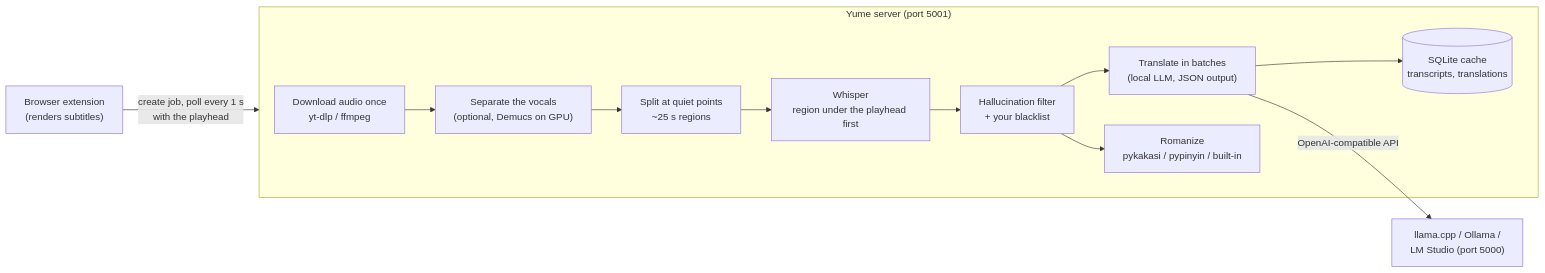
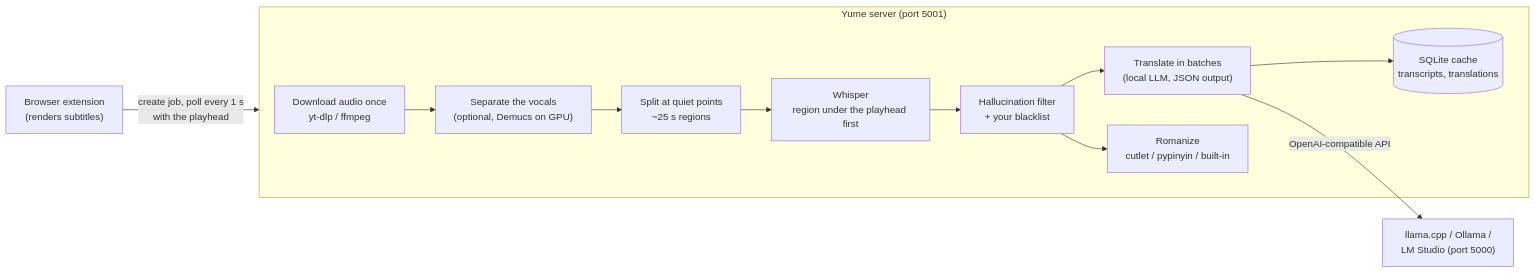
One commit to jenox645/Yume changed the diagram in README.md. Above: the diagram before and after it, drawn with Mermaid. The commit also changed other lines of this file and 3 other files, not shown here.

````diff
--- a/README.md
+++ b/README.md
@@ -88,14 +89,14 @@
 ```mermaid
 graph LR
     EXT["Browser extension<br/>(renders subtitles)"] -- "create job, poll every 1 s<br/>with the playhead" --> SRV
     subgraph SRV ["Yume server (port 5001)"]
         DL["Download audio once<br/>yt-dlp / ffmpeg"] --> SEP["Separate the vocals<br/>(optional, Demucs on GPU)"]
         SEP --> RG["Split at quiet points<br/>~25 s regions"]
         RG --> WH["Whisper<br/>region under the playhead first"]
         WH --> FL["Hallucination filter<br/>+ your blacklist"]
         FL --> TR["Translate in batches<br/>(local LLM, JSON output)"]
-        FL --> RO["Romanize<br/>pykakasi / pypinyin / built-in"]
+        FL --> RO["Romanize<br/>cutlet / pypinyin / built-in"]
         TR --> DB[("SQLite cache<br/>transcripts, translations")]
     end
     TR -- "OpenAI-compatible API" --> LLM["llama.cpp / Ollama /<br/>LM Studio (port 5000)"]
 ```
````
